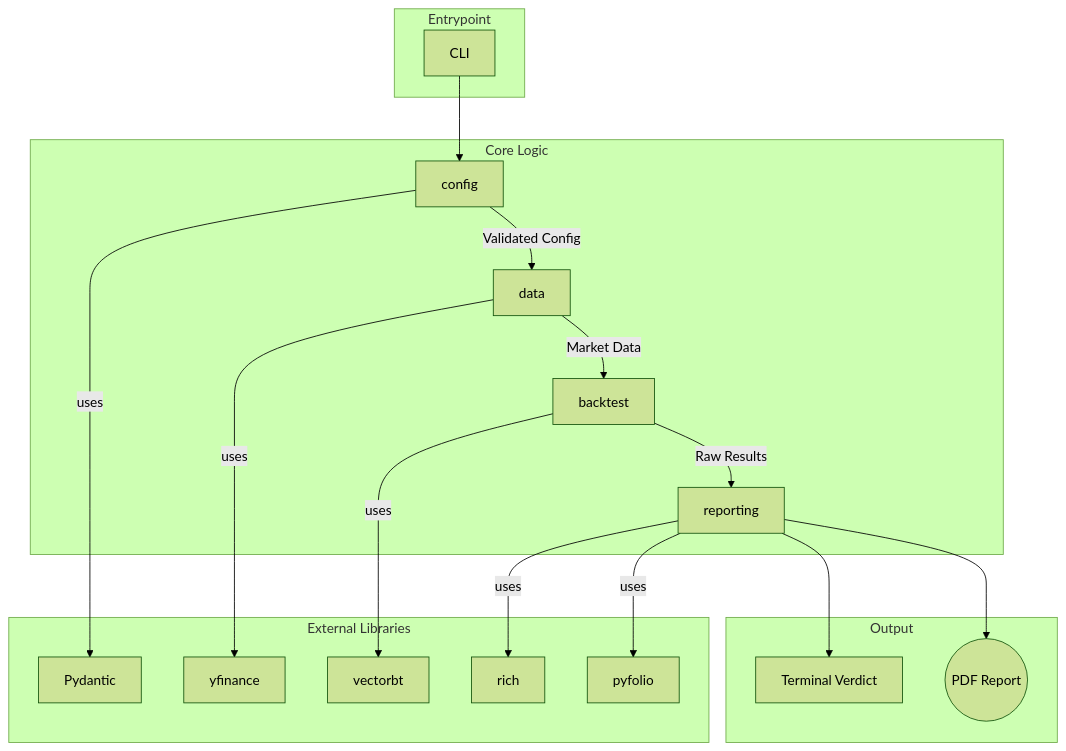
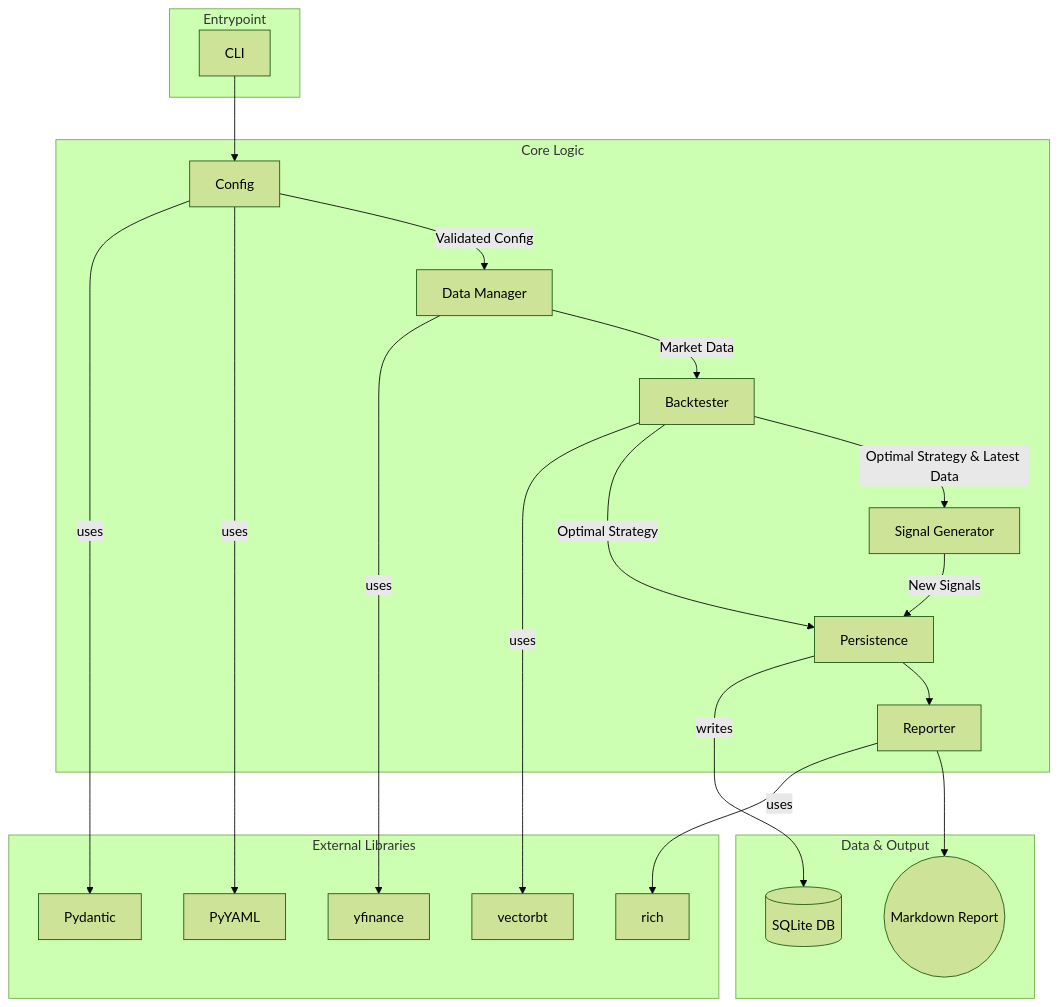
One commit to vijayanajay/stock_rule_based changed the second of 3 diagrams in docs/architecture.md. Above: the diagram before and after it, drawn with Mermaid (forest theme). The commit also changed other lines of this file and 5 other files, not shown here.

First line of the commit message:
Update Product Requirements Document (PRD) for KISS Signal CLI v1.4

````diff
--- a/docs/architecture.md
+++ b/docs/architecture.md
@@ -78,38 +89,43 @@
 ```mermaid
 graph TD
     subgraph "Entrypoint"
-        CLI
+    CLI
     end
 
     subgraph "Core Logic"
-        ConfigModule[config]
-        DataModule[data]
-        BacktestModule[backtest]
-        ReportingModule[reporting]
+    ConfigModule[Config]
+    DataManager[Data Manager]
+    BacktesterModule[Backtester]
+    SignalGenerator[Signal Generator]
+    PersistenceModule[Persistence]
+    ReporterModule[Reporter]
     end
 
     subgraph "External Libraries"
-        Pydantic
-        yfinance
-        vectorbt
-        rich
-        pyfolio
+    Pydantic
+    PyYAML
+    yfinance
+    vectorbt
+    rich
     end
 
-    subgraph "Output"
-        TerminalOutput[Terminal Verdict]
-        PDFReport((PDF Report))
+    subgraph "Data & Output"
+    SQLiteDB[(SQLite DB)]
+    MarkdownReport((Markdown Report))
     end
 
     CLI --> ConfigModule
     ConfigModule --uses--> Pydantic
-    ConfigModule --Validated Config--> DataModule
-    DataModule --uses--> yfinance
-    DataModule --Market Data--> BacktestModule
-    BacktestModule --uses--> vectorbt
-    BacktestModule --Raw Results--> ReportingModule
-    ReportingModule --uses--> rich
-    ReportingModule --uses--> pyfolio
-    ReportingModule --> TerminalOutput
-    ReportingModule --> PDFReport
+    ConfigModule --uses--> PyYAML
+    ConfigModule --Validated Config--> DataManager
+    DataManager --uses--> yfinance
+    DataManager --Market Data--> BacktesterModule
+    BacktesterModule --uses--> vectorbt
+    BacktesterModule --Optimal Strategy--> PersistenceModule
+    PersistenceModule --writes--> SQLiteDB
+    BacktesterModule --Optimal Strategy & Latest Data--> SignalGenerator
+    SignalGenerator --New Signals--> PersistenceModule
+    PersistenceModule --> ReporterModule
+    ReporterModule --uses--> rich
+    ReporterModule --> MarkdownReport
 ```
````
